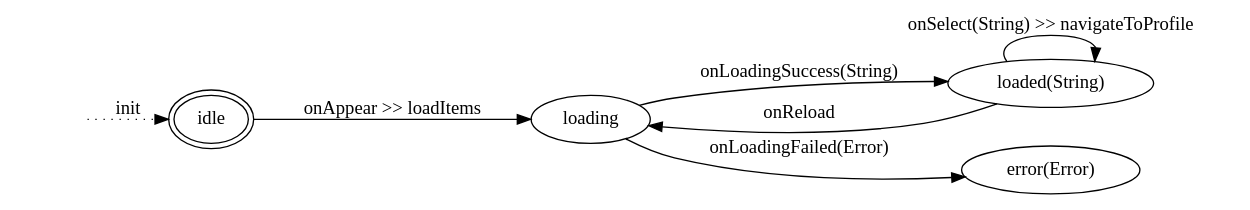
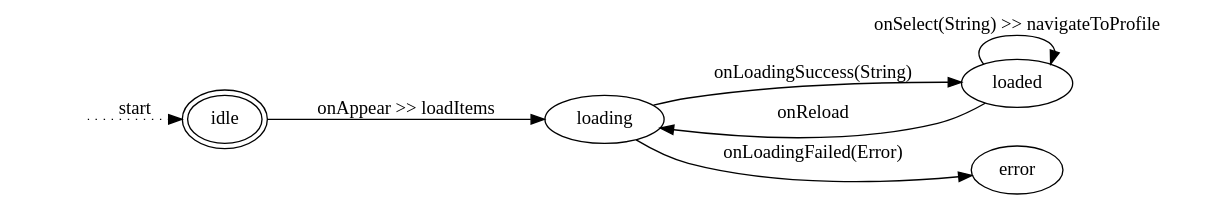
The diagram in App/Code/Project/Project/Classes/Scenes/Registration/Main/Main.gv (SentoCrespo/BaseSwiftUICombine), drawn with Graphviz before and after one commit. The commit also changed 9 other files, not shown here.

```diff
--- a/App/Code/Project/Project/Classes/Scenes/Registration/Main/Main.gv
+++ b/App/Code/Project/Project/Classes/Scenes/Registration/Main/Main.gv
@@ -1,21 +1,21 @@
 // https://dreampuf.github.io/GraphvizOnline/
 
 digraph {
     graph [rankdir=LR]
 
     // States
     0 [label="", shape=plaintext]
     1 [label="idle", peripheries=2]
     2 [label="loading"]
-    3 [label="loaded(String)"]
-    4 [label="error(Error)"]
+    3 [label="loaded"]
+    4 [label="error"]
     
     // Transitions
-    0 -> 1 [label="init"] [style=dotted]
+    0 -> 1 [label="start"] [style=dotted]
     1 -> 2 [label="onAppear >> loadItems"]
     2 -> 4 [label="onLoadingFailed(Error)"]
     2 -> 3 [label="onLoadingSuccess(String)"]
     3 -> 2 [label="onReload"]
     3 -> 3 [label="onSelect(String) >> navigateToProfile"]
     
 }
```
